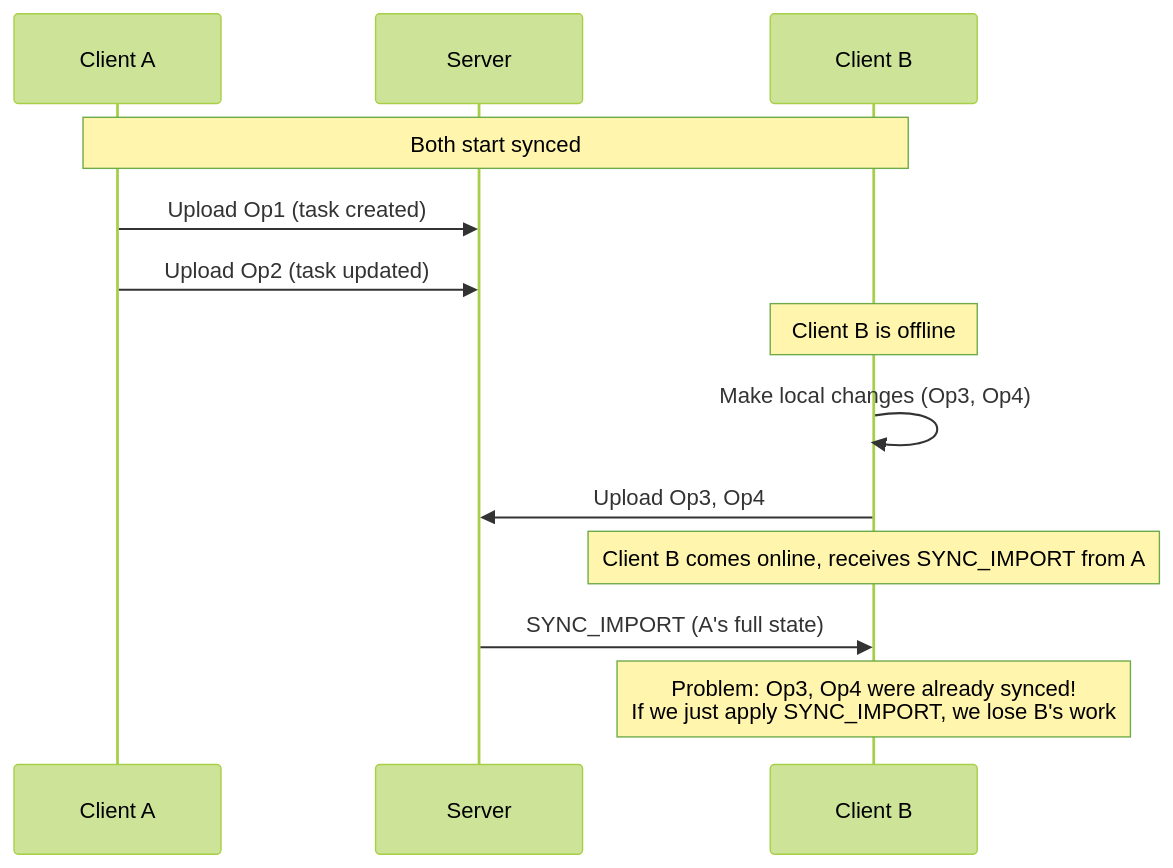
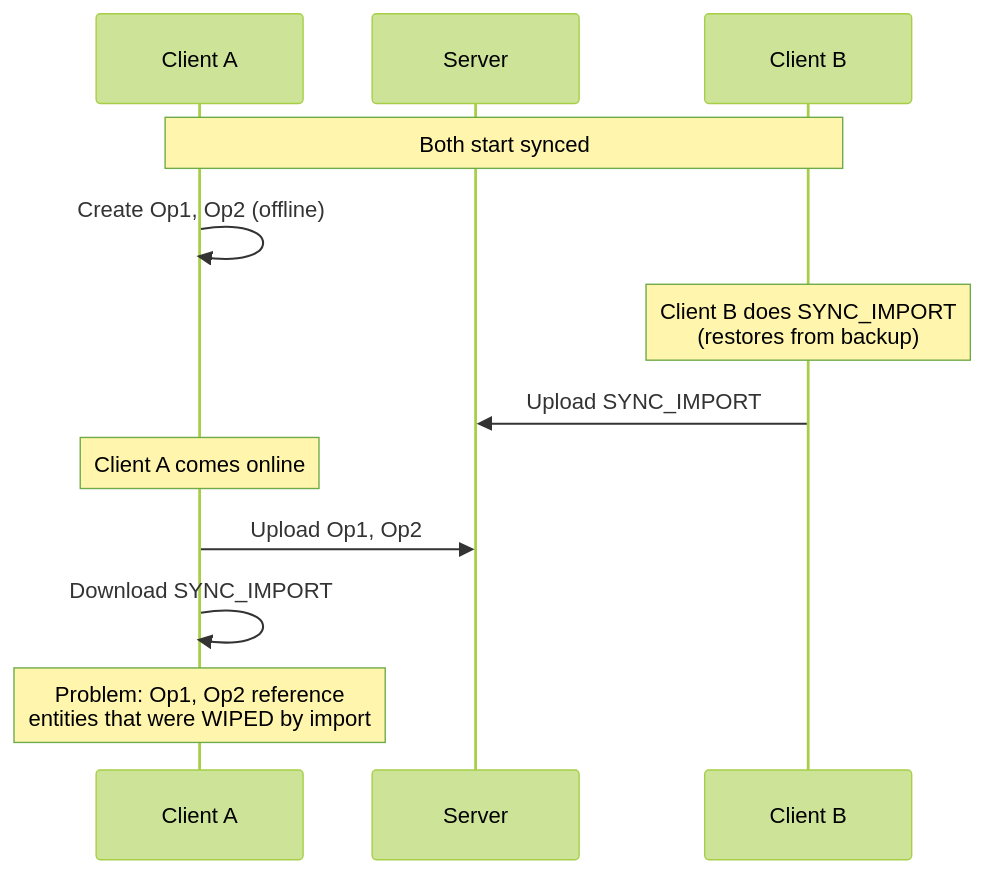
One commit to johannesjo/super-productivity changed the fourth of 37 diagrams in docs/sync-and-op-log/operation-log-architecture-diagrams.md. Above: the diagram before and after it, drawn with Mermaid (forest theme). The commit also changed other lines of this file and 1 other file, not shown here.

First line of the commit message:
docs: fix SYNC_IMPORT filtering section to match implementation

````diff
--- a/docs/sync-and-op-log/operation-log-architecture-diagrams.md
+++ b/docs/sync-and-op-log/operation-log-architecture-diagrams.md
@@ -423,22 +423,21 @@
 ```mermaid
 sequenceDiagram
     participant A as Client A
     participant S as Server
     participant B as Client B
 
     Note over A,B: Both start synced
 
-    A->>S: Upload Op1 (task created)
-    A->>S: Upload Op2 (task updated)
+    A->>A: Create Op1, Op2 (offline)
 
-    Note over B: Client B is offline
+    Note over B: Client B does SYNC_IMPORT<br/>(restores from backup)
 
-    B->>B: Make local changes (Op3, Op4)
-    B->>S: Upload Op3, Op4
+    B->>S: Upload SYNC_IMPORT
 
-    Note over B: Client B comes online, receives SYNC_IMPORT from A
+    Note over A: Client A comes online
 
-    S->>B: SYNC_IMPORT (A's full state)
+    A->>S: Upload Op1, Op2
+    A->>A: Download SYNC_IMPORT
 
-    Note over B: Problem: Op3, Op4 were already synced!<br/>If we just apply SYNC_IMPORT, we lose B's work
+    Note over A: Problem: Op1, Op2 reference<br/>entities that were WIPED by import
 ```
````
